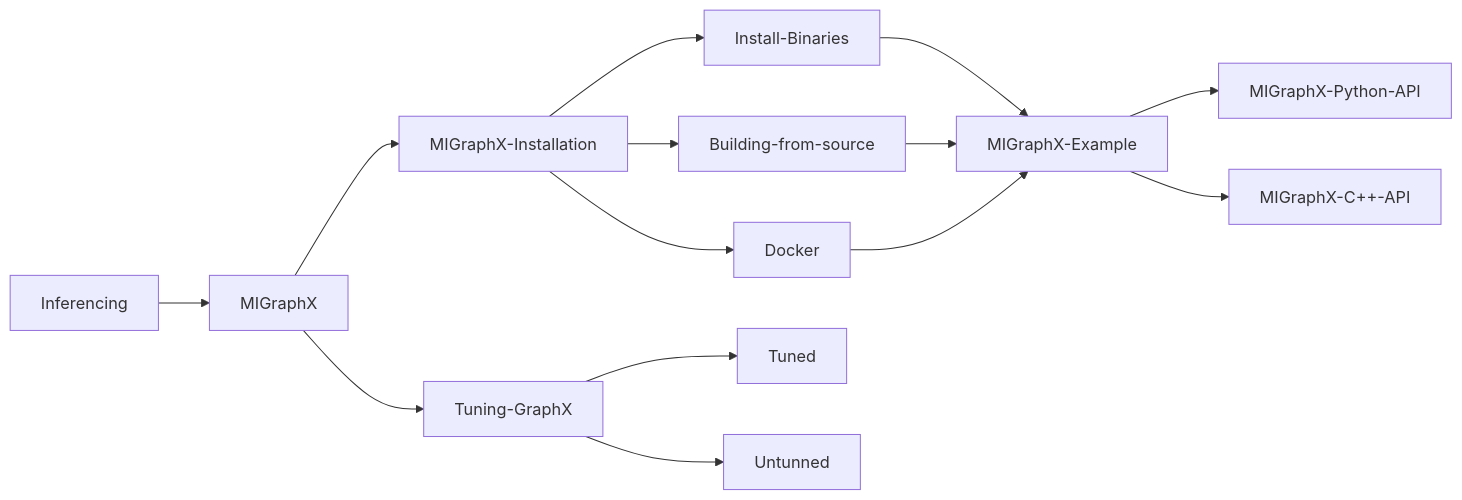
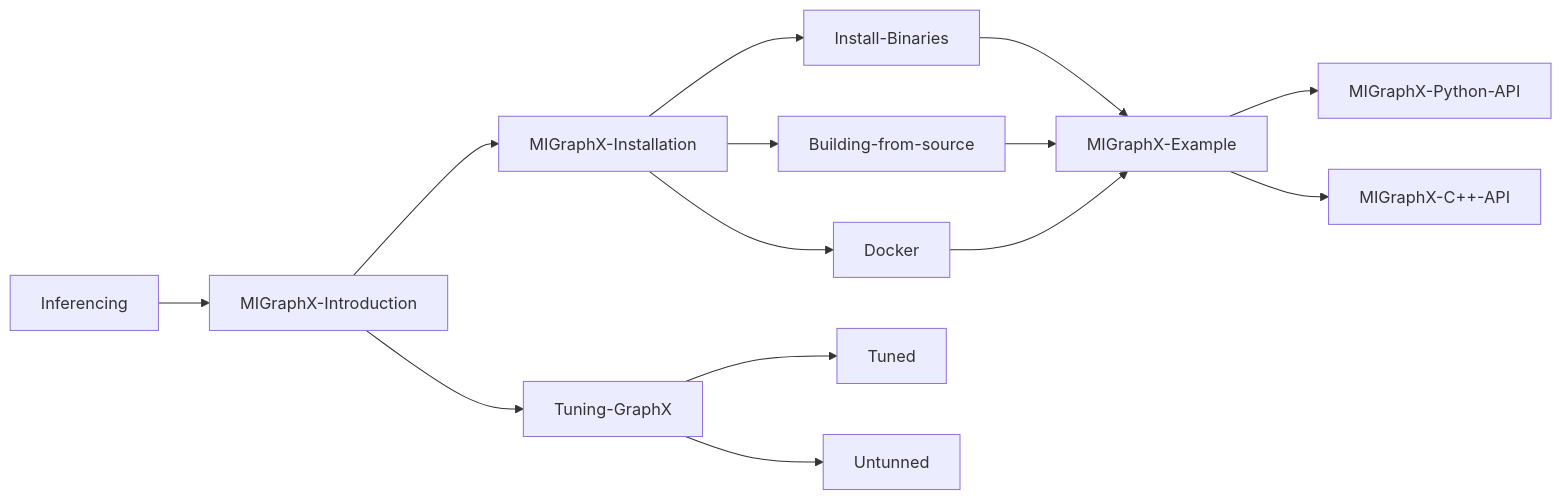
The diagram in README.md (anubhavamd/sample), drawn with Mermaid before and after one commit.

````diff
--- a/README.md
+++ b/README.md
@@ -1,20 +1,20 @@
 ```mermaid
 flowchart LR
-    Inferencing-->MIGraphX
-    MIGraphX-->MIGraphX-Installation
+    Inferencing-->MIGraphX-Introduction
+    MIGraphX-Introduction-->MIGraphX-Installation
     MIGraphX-Installation--> Install-Binaries
     MIGraphX-Installation--> Building-from-source
     MIGraphX-Installation--> Docker
     Install-Binaries --> MIGraphX-Example
     Building-from-source --> MIGraphX-Example
     Docker --> MIGraphX-Example
     MIGraphX-Example--> MIGraphX-Python-API
     MIGraphX-Example--> MIGraphX-C++-API
-    MIGraphX--> Tuning-GraphX
+    MIGraphX-Introduction--> Tuning-GraphX
     Tuning-GraphX --> Tuned
     Tuning-GraphX --> Untunned
     
     
     click Inferencing href "https://github.com/anubhavamd/Deep-Learning-Updated#51-inferencing"
     click MIGraphX href "https://github.com/anubhavamd/Deep-Learning-Updated#511-migraphx-introduction"
 ```
````
